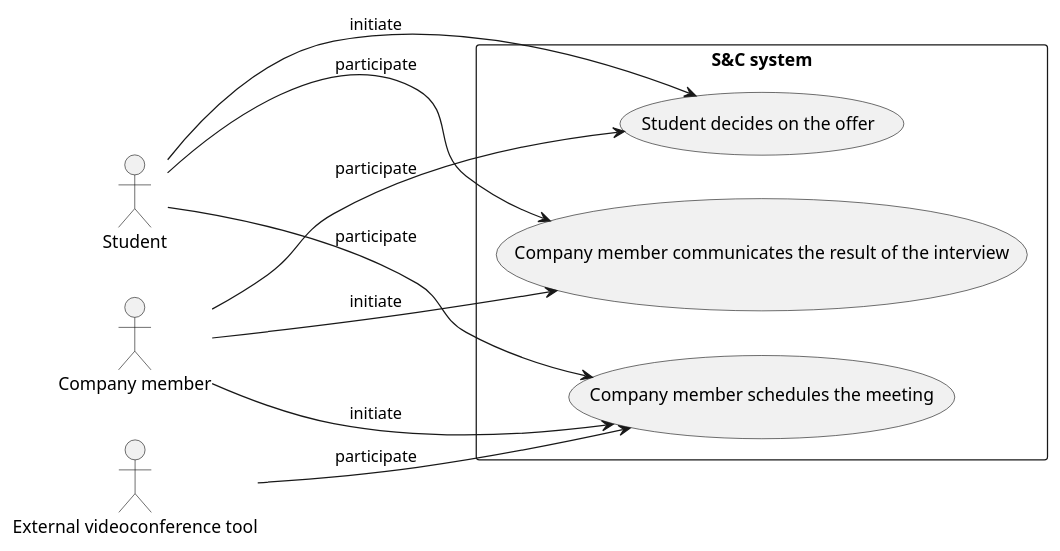
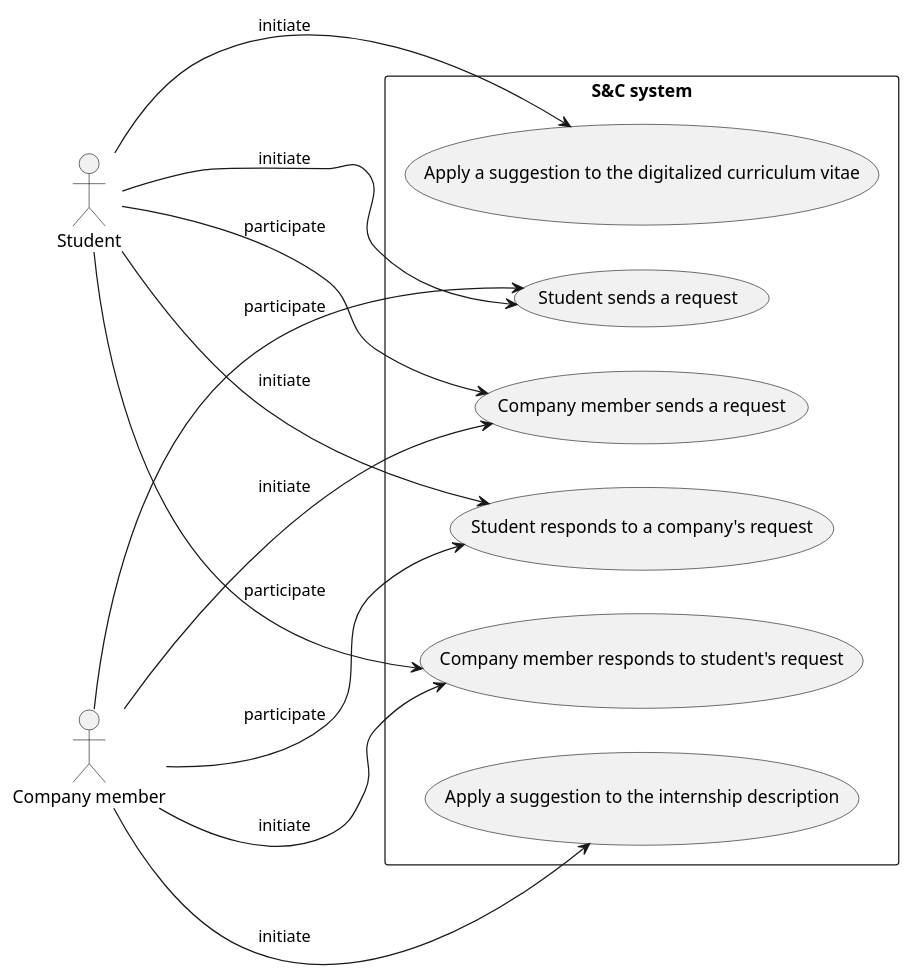
One commit to matti8702/R_and_DD_project_SE2 changed the diagram in RASD/Specific_requirements/uml_diagrams/use_cases_diagram4.puml. Above: the diagram before and after it, drawn with PlantUML. The commit also changed 6 other files, not shown here.

Commit message:
refactor: improve readability of use case diagrams

```diff
--- a/RASD/Specific_requirements/uml_diagrams/use_cases_diagram4.puml
+++ b/RASD/Specific_requirements/uml_diagrams/use_cases_diagram4.puml
@@ -1,25 +1,31 @@
 @startuml use_cases_diagram4
 left to right direction
 
-together {
-    actor :Student: as ST
-    actor :Company member: as CM
-    actor :External videoconference tool: as EVT
+actor :Student: as ST
+actor :Company member: as CM
+
+rectangle "S&C system" {
+    usecase (Apply a suggestion to the digitalized curriculum vitae) as UC14
+    usecase (Apply a suggestion to the internship description) as UC15
+    usecase (Student sends a request) as UC16
+    usecase (Company member sends a request) as UC17
+    usecase (Student responds to a company's request) as UC18
+    usecase (Company member responds to student's request) as UC19
 }
 
-rectangle "S&C system" {
-    usecase (Company member schedules the meeting) as UC20
-    usecase (Company member communicates the result of the interview) as UC21
-    usecase (Student decides on the offer) as UC22
-}
+ST -> UC14: initiate
 
-CM  --> UC20 : initiate
-ST  --> UC20 : participate
-EVT --> UC20 : participate
+CM -> UC15: initiate
 
-CM -> UC21 : initiate
-ST --> UC21 : participate
+ST ---> UC16 : initiate
+CM ---> UC16 : participate
 
-ST ---> UC22 : initiate
-CM ---> UC22 : participate
+CM ---> UC17 : initiate
+ST ---> UC17 : participate
+
+ST ---> UC18 : initiate
+CM ---> UC18 : participate
+
+CM ---> UC19 : initiate
+ST ---> UC19 : participate
 @enduml
```
